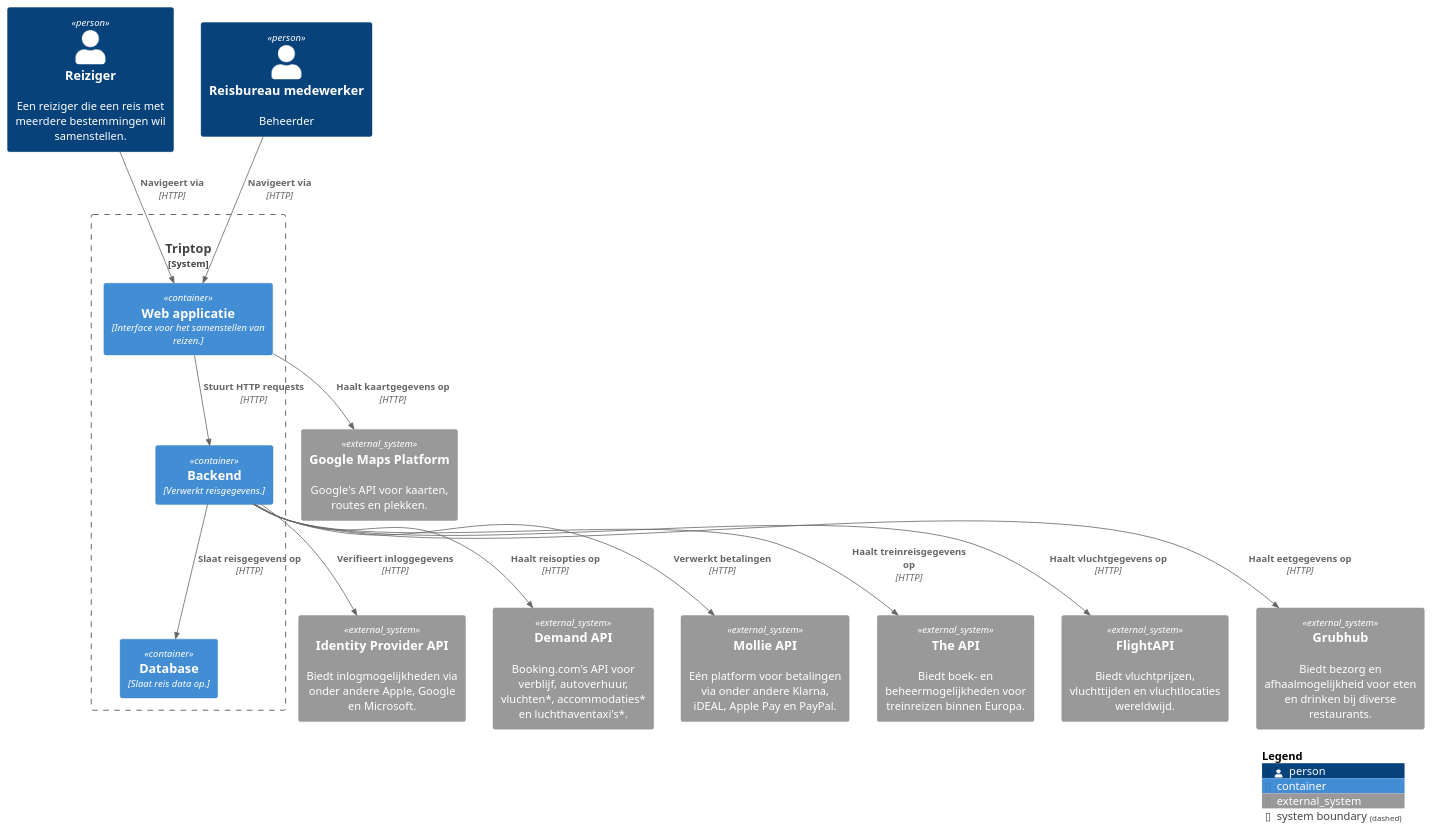
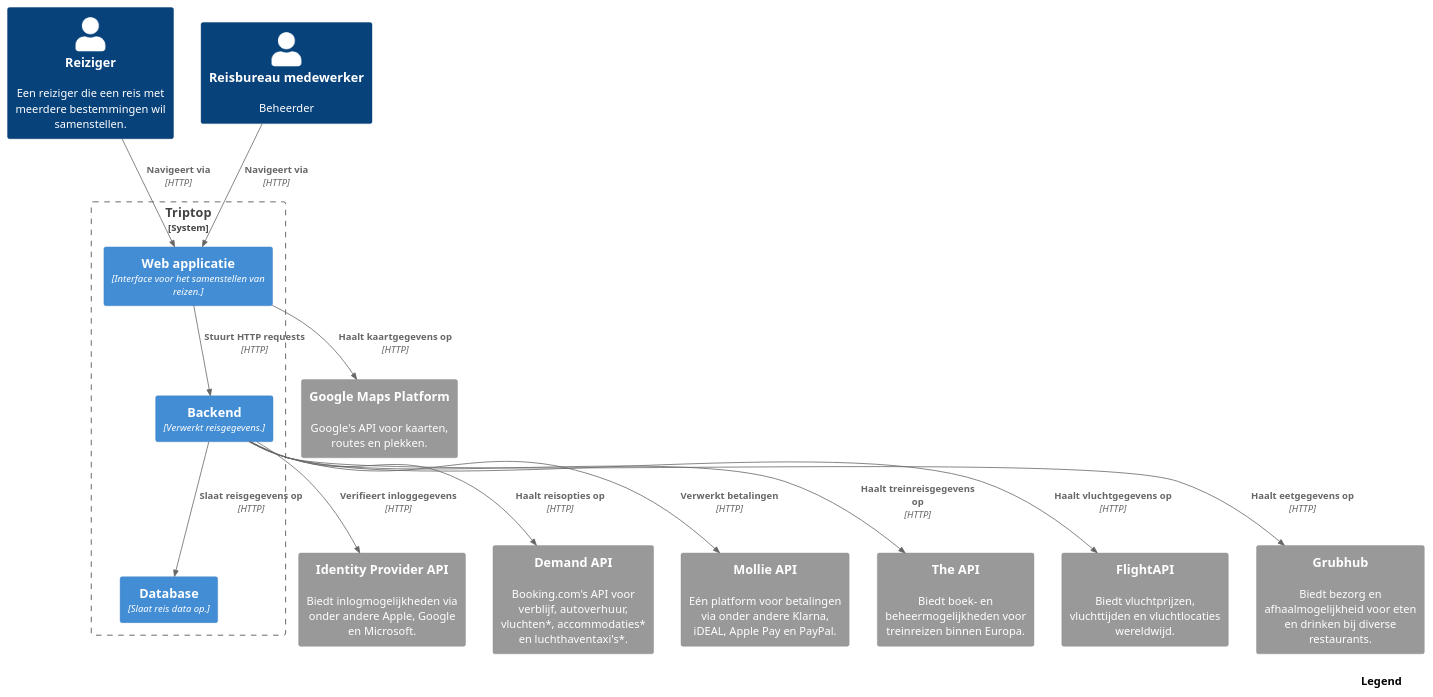
One commit to AIM-ENE-feb25/triptop-groep-b2 changed the diagram in ContainerDiagramTriptop.puml. Above: the diagram before and after it, drawn with PlantUML. The commit also changed 6 other files, not shown here.

Commit message:
Added legend to all diagrams

```diff
--- a/ContainerDiagramTriptop.puml
+++ b/ContainerDiagramTriptop.puml
@@ -1,39 +1,39 @@
 @startuml C4_Elements
 !include https://raw.githubusercontent.com/plantuml-stdlib/C4-PlantUML/master/C4_Container.puml
 top to bottom direction
+
+SHOW_LEGEND(true)
 
 Person(traveller, "Reiziger", "Een reiziger die een reis met meerdere bestemmingen wil samenstellen.")
 Person(admin, "Reisbureau medewerker", "Beheerder")
 
 System_Boundary(Triptop, "Triptop", "Systeem voor het samenstellen van reizen."){
 
 Container(WebApp, "Web applicatie", "Interface voor het samenstellen van reizen.")
 Container(Backend, "Backend", "Verwerkt reisgegevens.")
 Container(Database, "Database", "Slaat reis data op.")
 
 }
 
 System_Ext(identity_provider_api, "Identity Provider API", "Biedt inlogmogelijkheden via onder andere Apple, Google en Microsoft.", $link="https://developer.okta.com/docs/api/openapi/okta-management/management/tag/IdentityProvider/")
 System_Ext(demand_api, "Demand API", "Booking.com's API voor verblijf, autoverhuur, vluchten*, accommodaties* en luchthaventaxi's*.", $link="https://developers.booking.com/demand/docs/open-api/demand-api")
 System_Ext(mollie_api, "Mollie API", "Eén platform voor betalingen via onder andere Klarna, iDEAL, Apple Pay en PayPal.", $link="https://www.mollie.com/nl/")
 System_Ext(google_maps_api, "Google Maps Platform", "Google's API voor kaarten, routes en plekken.", $link="https://developers.google.com/maps")
 System_Ext(all_aboard_api, "The API", "Biedt boek- en beheermogelijkheden voor treinreizen binnen Europa.", $link="https://allaboard.eu/api-solution")
 System_Ext(flight_api, "FlightAPI", "Biedt vluchtprijzen, vluchttijden en vluchtlocaties wereldwijd.", $link="https://www.flightapi.io/")
 System_Ext(grubhub_api, "Grubhub", "Biedt bezorg en afhaalmogelijkheid voor eten en drinken bij diverse restaurants.", $link="https://www.grubhub.com/")
 
 Rel(traveller, WebApp, "Navigeert via", "HTTP")
 Rel(admin, WebApp, "Navigeert via", "HTTP")
 
 Rel(WebApp, Backend, "Stuurt HTTP requests", "HTTP")
 Rel(WebApp, google_maps_api, "Haalt kaartgegevens op", "HTTP")
 
 Rel(Backend, Database, "Slaat reisgegevens op", "HTTP")
 Rel(Backend, identity_provider_api, "Verifieert inloggegevens", "HTTP")
 Rel(Backend, demand_api, "Haalt reisopties op", "HTTP")
 Rel(Backend, mollie_api, "Verwerkt betalingen", "HTTP")
 Rel(Backend, all_aboard_api, "Haalt treinreisgegevens op", "HTTP")
 Rel(Backend, flight_api, "Haalt vluchtgegevens op", "HTTP")
 Rel(Backend, grubhub_api, "Haalt eetgegevens op", "HTTP")
-
-SHOW_LEGEND(TRUE)
 @enduml
```
